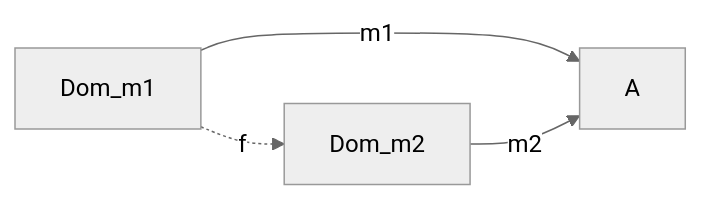
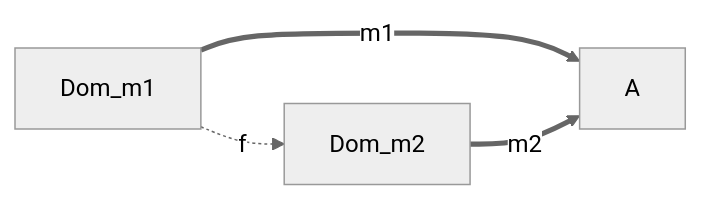
Before and after one commit to renatoleme/HeytingValuedSets: diagram 19 of 23 in notes.md, drawn with Mermaid (neutral theme). The commit also changed other lines of this file and 1 other file, not shown here.

````diff
--- a/notes.md
+++ b/notes.md
@@ -440,6 +440,6 @@
 ```mermaid
 graph LR;
-  Dom_m1--m1-->A;
-  Dom_m2--m2-->A;
+  Dom_m1==m1==>A;
+  Dom_m2==m2==>A;
   Dom_m1-.f.->Dom_m2;
 ```
````
